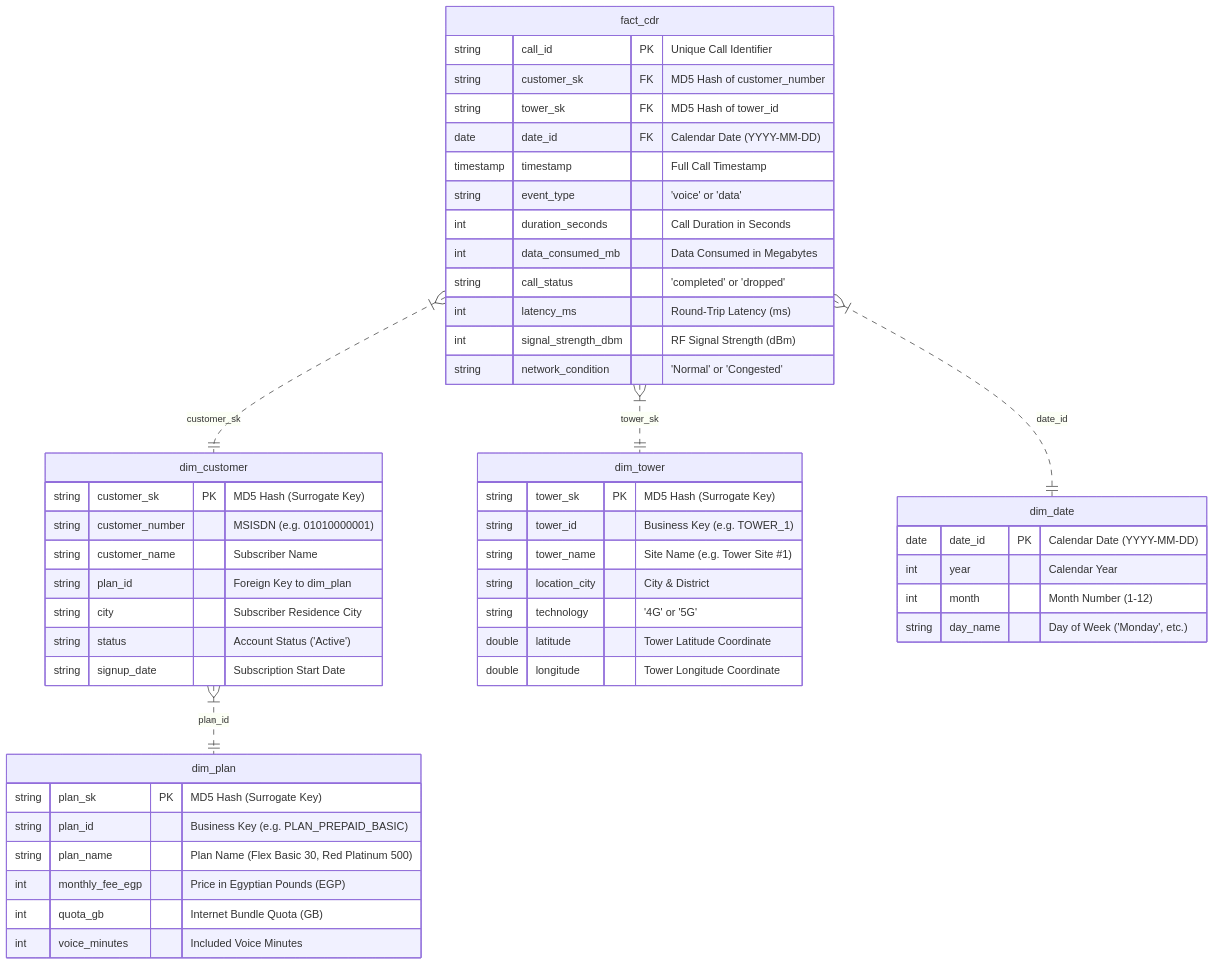
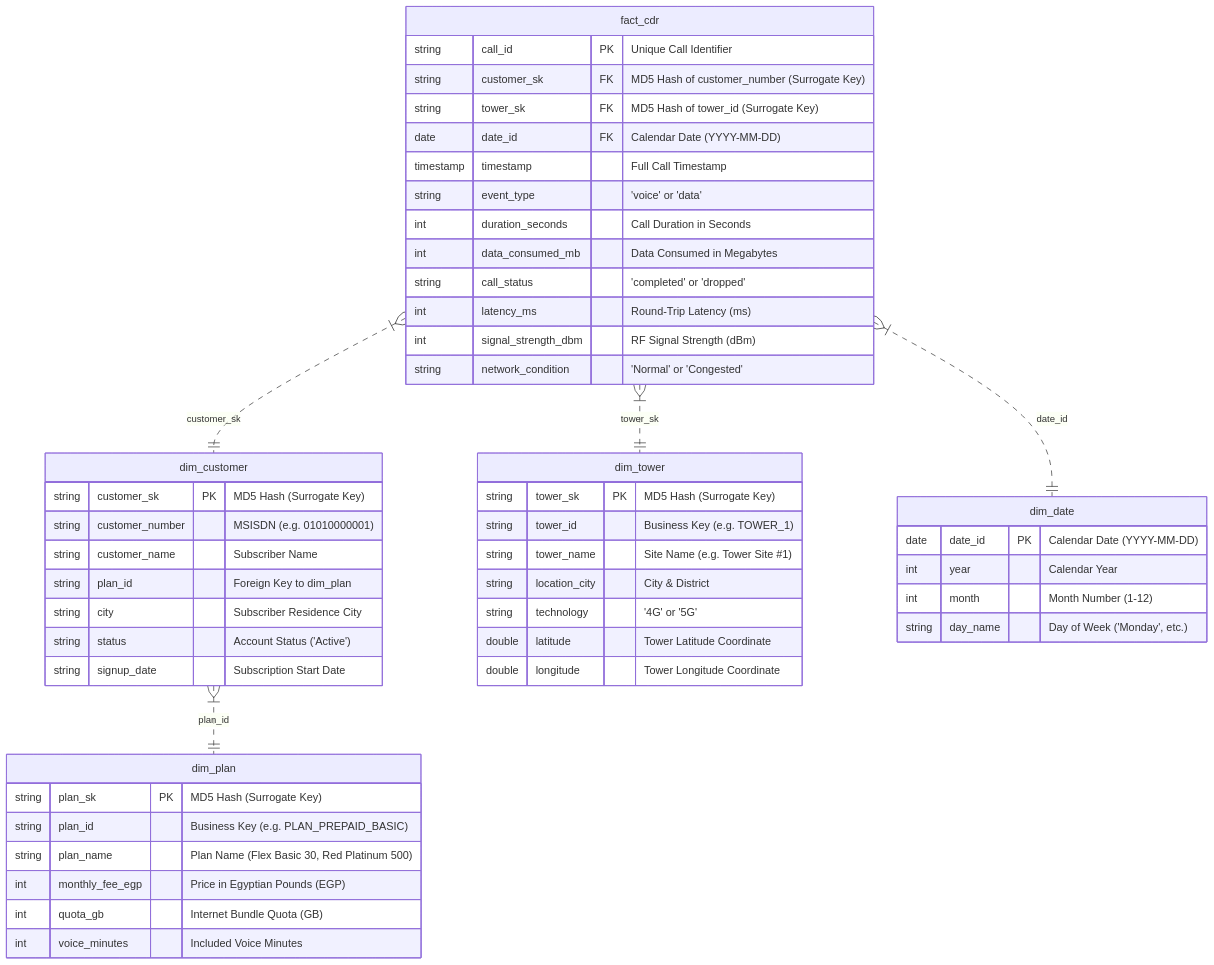
The second of 2 diagrams in docs/architecture.md (ahmedelsheikh109/DataMind_Telecom_Lakehouse), drawn with Mermaid before and after one commit. The commit also changed other lines of this file and 3 other files, not shown here.

Commit message:
feat(security & architecture): implement AST SQL guardrails, Trino file metastore topology, and formal benchmarks

````diff
--- a/docs/architecture.md
+++ b/docs/architecture.md
@@ -43,58 +51,58 @@
 ```mermaid
 erDiagram
     fact_cdr }|..|| dim_customer : "customer_sk"
     fact_cdr }|..|| dim_tower : "tower_sk"
     fact_cdr }|..|| dim_date : "date_id"
     dim_customer }|..|| dim_plan : "plan_id"
 
     fact_cdr {
         string call_id PK "Unique Call Identifier"
-        string customer_sk FK "MD5 Hash of customer_number"
-        string tower_sk FK "MD5 Hash of tower_id"
+        string customer_sk FK "MD5 Hash of customer_number (Surrogate Key)"
+        string tower_sk FK "MD5 Hash of tower_id (Surrogate Key)"
         date date_id FK "Calendar Date (YYYY-MM-DD)"
         timestamp timestamp "Full Call Timestamp"
         string event_type "'voice' or 'data'"
         int duration_seconds "Call Duration in Seconds"
         int data_consumed_mb "Data Consumed in Megabytes"
         string call_status "'completed' or 'dropped'"
         int latency_ms "Round-Trip Latency (ms)"
         int signal_strength_dbm "RF Signal Strength (dBm)"
         string network_condition "'Normal' or 'Congested'"
     }
 
     dim_customer {
         string customer_sk PK "MD5 Hash (Surrogate Key)"
         string customer_number "MSISDN (e.g. 01010000001)"
         string customer_name "Subscriber Name"
         string plan_id "Foreign Key to dim_plan"
         string city "Subscriber Residence City"
         string status "Account Status ('Active')"
         string signup_date "Subscription Start Date"
     }
 
     dim_tower {
         string tower_sk PK "MD5 Hash (Surrogate Key)"
         string tower_id "Business Key (e.g. TOWER_1)"
         string tower_name "Site Name (e.g. Tower Site #1)"
         string location_city "City & District"
         string technology "'4G' or '5G'"
         double latitude "Tower Latitude Coordinate"
         double longitude "Tower Longitude Coordinate"
     }
 
     dim_plan {
         string plan_sk PK "MD5 Hash (Surrogate Key)"
         string plan_id "Business Key (e.g. PLAN_PREPAID_BASIC)"
         string plan_name "Plan Name (Flex Basic 30, Red Platinum 500)"
         int monthly_fee_egp "Price in Egyptian Pounds (EGP)"
         int quota_gb "Internet Bundle Quota (GB)"
         int voice_minutes "Included Voice Minutes"
     }
 
     dim_date {
         date date_id PK "Calendar Date (YYYY-MM-DD)"
         int year "Calendar Year"
         int month "Month Number (1-12)"
         string day_name "Day of Week ('Monday', etc.)"
     }
 ```
````
